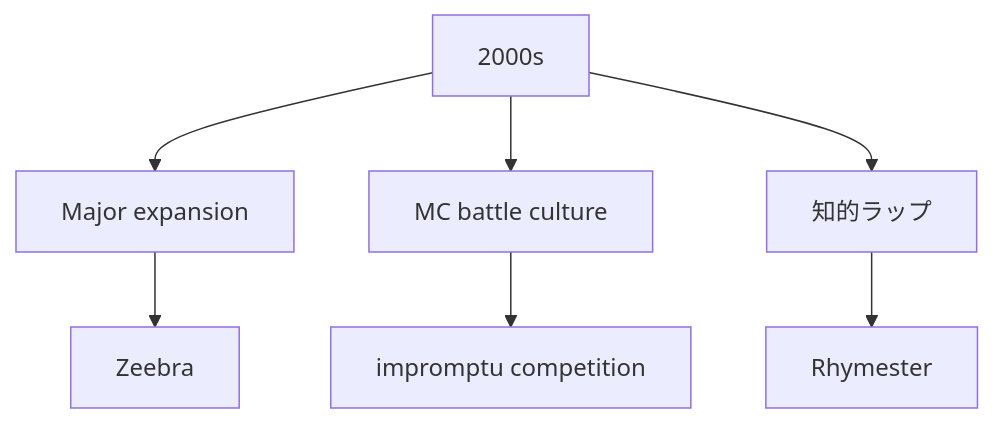
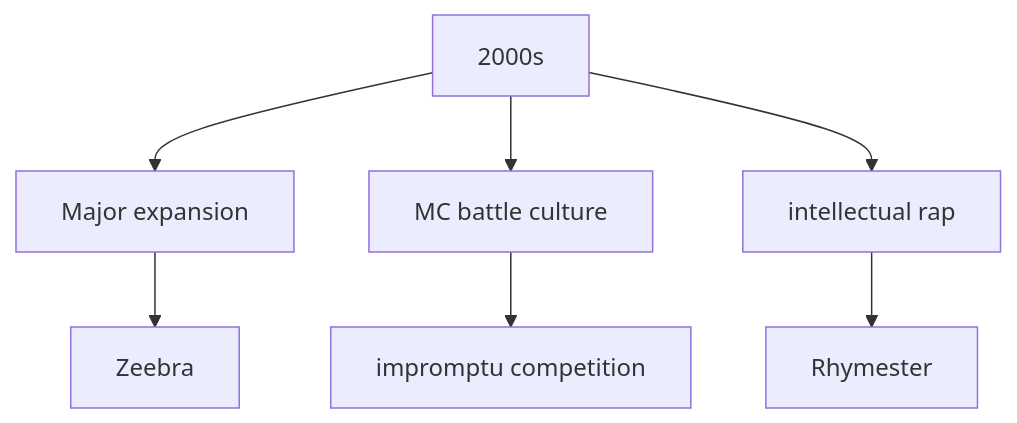
Before and after one commit to monumental-movement/monumental-movement.github.io: the second of 5 diagrams in en/_posts/2026-06-27-column-japanese-hiphop.md, drawn with Mermaid. The commit also changed 423 other files, not shown here.

```diff
--- a/en/_posts/2026-06-27-column-japanese-hiphop.md
+++ b/en/_posts/2026-06-27-column-japanese-hiphop.md
@@ -113,9 +113,9 @@
 <div class="mermaid">
 flowchart TD
 A[2000s] --> B[Major expansion]
 A --> C[MC battle culture]
-A --> D[知的ラップ]
+A --> D[intellectual rap]
 B --> E[Zeebra]
 C --> F[impromptu competition]
 D --> G[Rhymester]
 </div>
```
